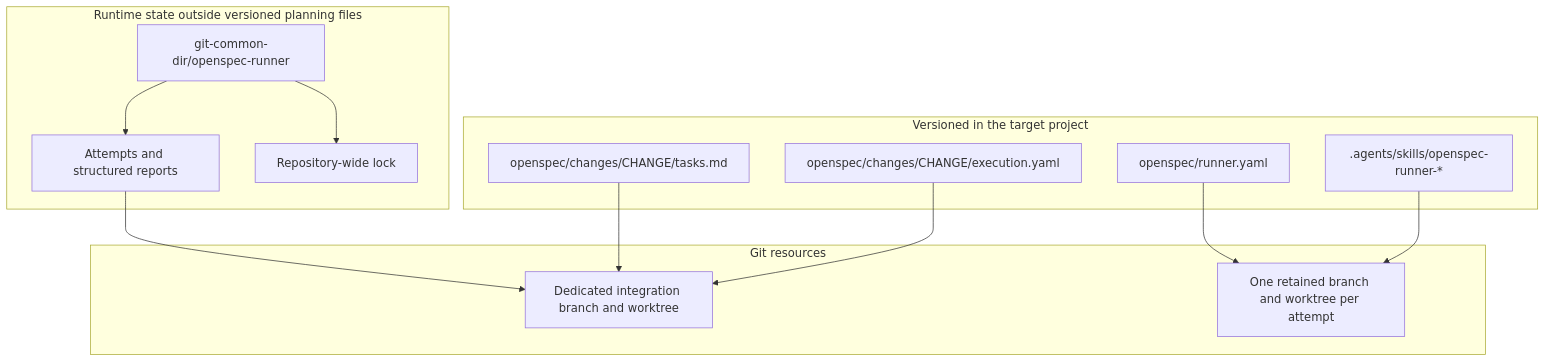
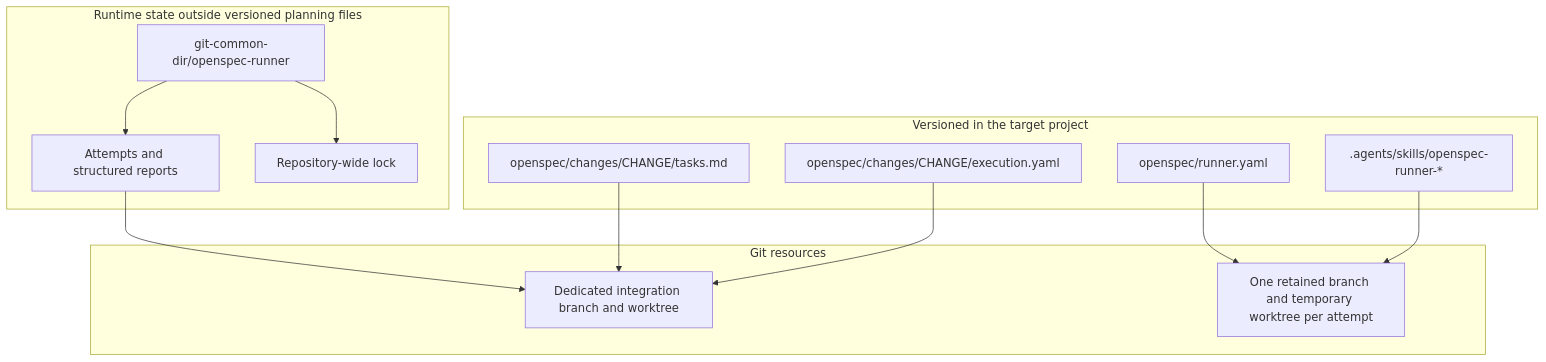
One commit to vfedoriv/openspec-runner changed the second of 4 diagrams in README.md. Above: the diagram before and after it, drawn with Mermaid. The commit also changed other lines of this file and 13 other files, not shown here.

````diff
--- a/README.md
+++ b/README.md
@@ -77,28 +77,28 @@
 ```mermaid
 flowchart TB
     subgraph V[Versioned in the target project]
         A[openspec/changes/CHANGE/tasks.md]
         B[openspec/changes/CHANGE/execution.yaml]
         C[openspec/runner.yaml]
         D[.agents/skills/openspec-runner-*]
     end
 
     subgraph R[Runtime state outside versioned planning files]
         E[git-common-dir/openspec-runner]
         F[Attempts and structured reports]
         G[Repository-wide lock]
         E --> F
         E --> G
     end
 
     subgraph W[Git resources]
         H[Dedicated integration branch and worktree]
-        I[One retained branch and worktree per attempt]
+        I[One retained branch and temporary worktree per attempt]
     end
 
     A --> H
     B --> H
     C --> I
     D --> I
     F --> H
 ```
````
